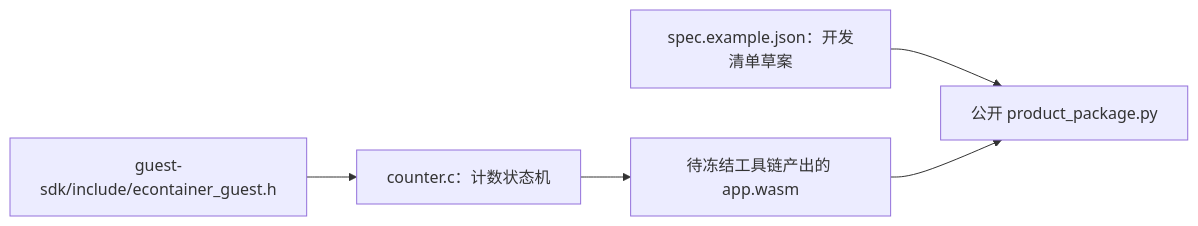
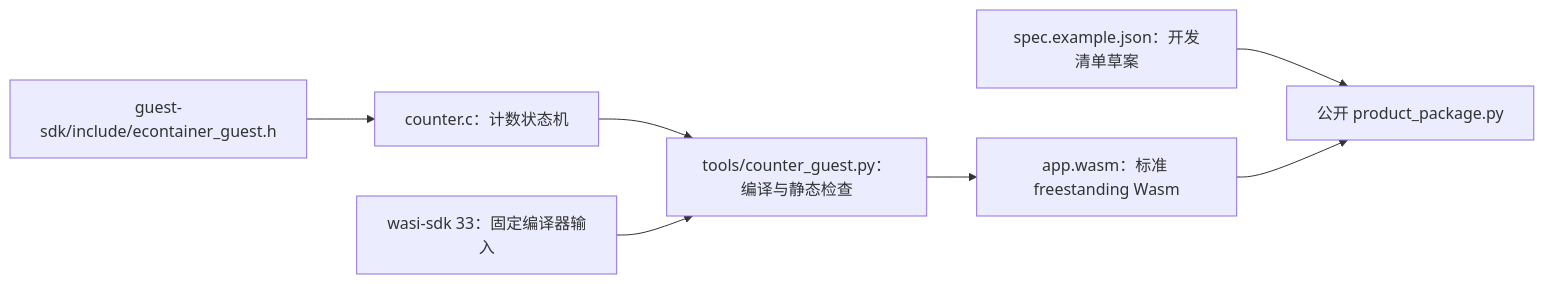
One commit to darren-you/esp-container changed the diagram in examples/counter/README.md. Above: the diagram before and after it, drawn with Mermaid. The commit also changed other lines of this file and 12 other files, not shown here.

First line of the commit message:
固定 counter guest 编译与静态 ABI 检查并验证 WAMR 主机执行

````diff
--- a/examples/counter/README.md
+++ b/examples/counter/README.md
@@ -7,7 +7,9 @@
 ```mermaid
 flowchart LR
     sdk["guest-sdk/include/econtainer_guest.h"] --> source["counter.c：计数状态机"]
-    source --> wasm["待冻结工具链产出的 app.wasm"]
+    source --> builder["tools/counter_guest.py：编译与静态检查"]
+    wasi["wasi-sdk 33：固定编译器输入"] --> builder
+    builder --> wasm["app.wasm：标准 freestanding Wasm"]
     spec["spec.example.json：开发清单草案"] --> package["公开 product_package.py"]
     wasm --> package
 ```
````
